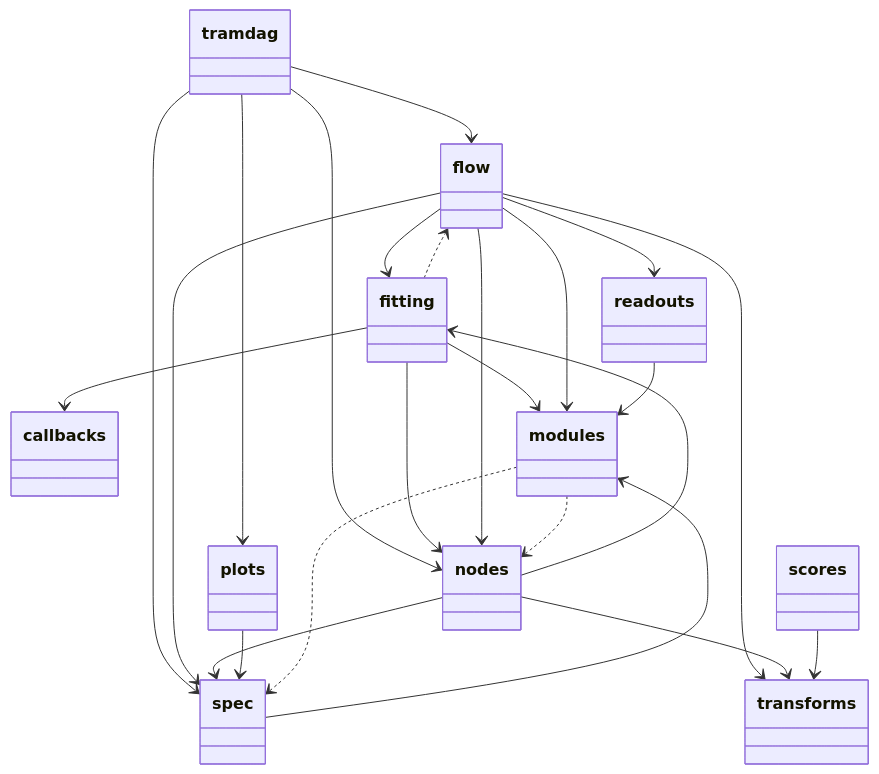
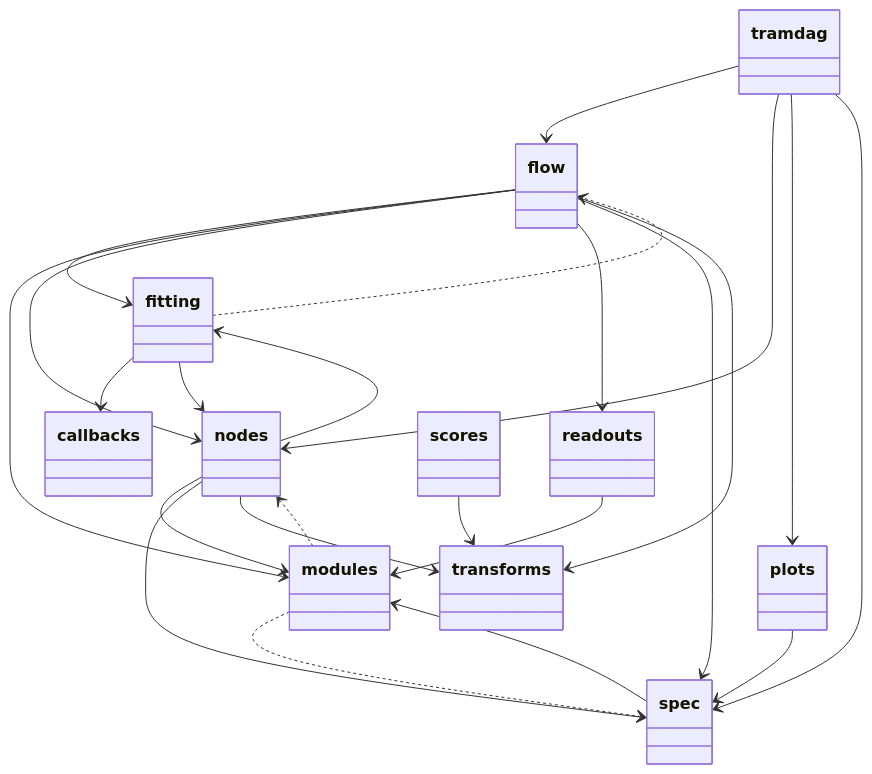
The third of 6 diagrams in docs/architecture.md (tensorchiefs/tramdag), drawn with Mermaid before and after one commit. The commit also changed other lines of this file and 9 other files, not shown here.

````diff
--- a/docs/architecture.md
+++ b/docs/architecture.md
@@ -151,48 +152,48 @@
 ```mermaid
 classDiagram
   class tramdag {
   }
   class callbacks {
   }
   class fitting {
   }
   class flow {
   }
   class modules {
   }
   class nodes {
   }
   class plots {
   }
   class readouts {
   }
   class scores {
   }
   class spec {
   }
   class transforms {
   }
   tramdag --> flow
   tramdag --> nodes
   tramdag --> plots
   tramdag --> spec
   fitting --> callbacks
-  fitting --> modules
   fitting --> nodes
   flow --> fitting
   flow --> modules
   flow --> nodes
   flow --> readouts
   flow --> spec
   flow --> transforms
   nodes --> fitting
+  nodes --> modules
   nodes --> spec
   nodes --> transforms
   plots --> spec
   readouts --> modules
   scores --> transforms
   spec --> modules
   fitting ..> flow
   modules ..> nodes
   modules ..> spec
 ```
````
